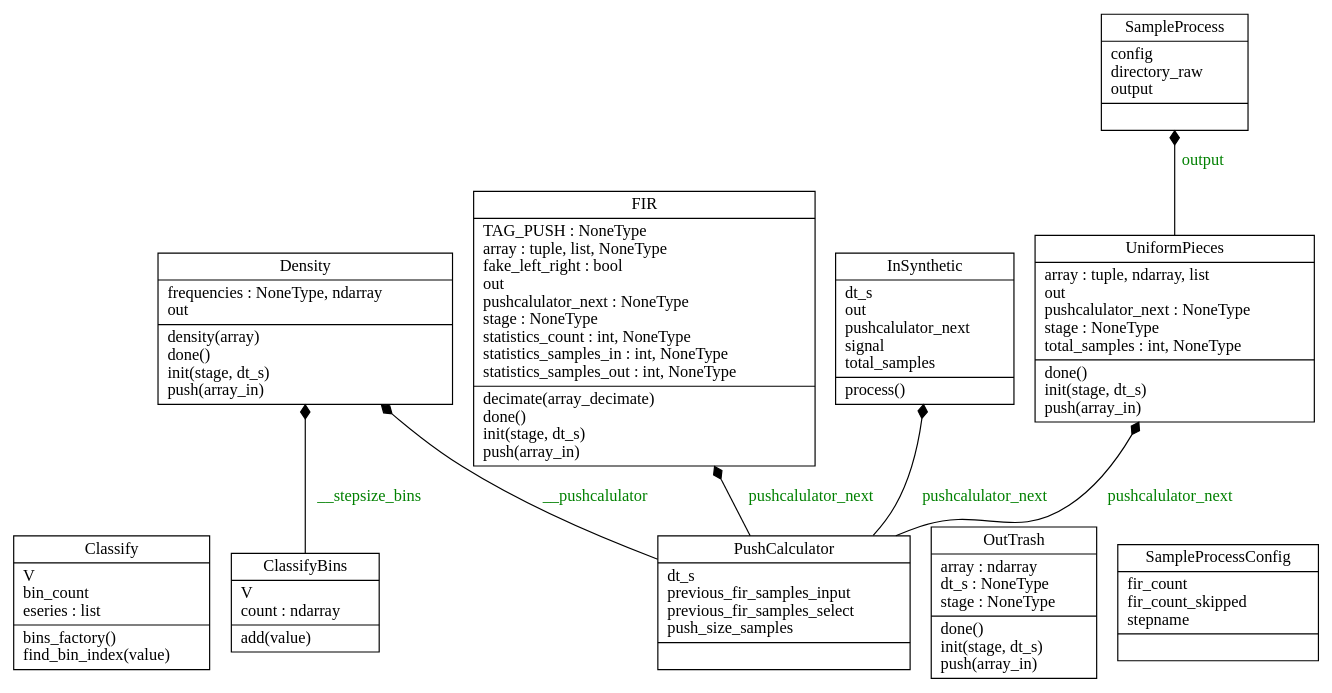
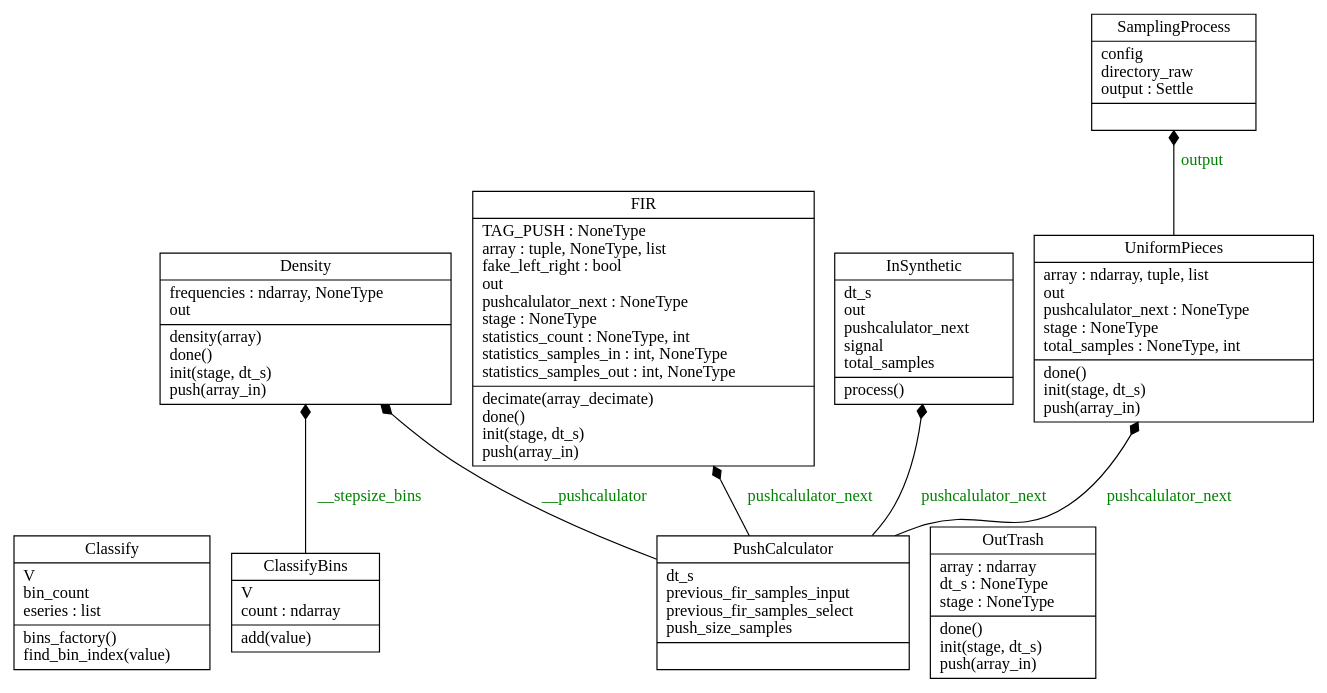
One commit to nanophysics/pymeas2019_noise changed the diagram in documentation/developer_diagrams/classes_FIR.dot. Above: the diagram before and after it, drawn with Graphviz. The commit also changed 15 other files, not shown here.

```diff
--- a/documentation/developer_diagrams/classes_FIR.dot
+++ b/documentation/developer_diagrams/classes_FIR.dot
@@ -1,20 +1,19 @@
 digraph "classes_FIR" {
 charset="utf-8"
 rankdir=BT
 "0" [label="{Classify|V\lbin_count\leseries : list\l|bins_factory()\lfind_bin_index(value)\l}", shape="record"];
 "1" [label="{ClassifyBins|V\lcount : ndarray\l|add(value)\l}", shape="record"];
-"2" [label="{Density|frequencies : NoneType, ndarray\lout\l|density(array)\ldone()\linit(stage, dt_s)\lpush(array_in)\l}", shape="record"];
-"3" [label="{FIR|TAG_PUSH : NoneType\larray : tuple, list, NoneType\lfake_left_right : bool\lout\lpushcalulator_next : NoneType\lstage : NoneType\lstatistics_count : int, NoneType\lstatistics_samples_in : int, NoneType\lstatistics_samples_out : int, NoneType\l|decimate(array_decimate)\ldone()\linit(stage, dt_s)\lpush(array_in)\l}", shape="record"];
+"2" [label="{Density|frequencies : ndarray, NoneType\lout\l|density(array)\ldone()\linit(stage, dt_s)\lpush(array_in)\l}", shape="record"];
+"3" [label="{FIR|TAG_PUSH : NoneType\larray : tuple, NoneType, list\lfake_left_right : bool\lout\lpushcalulator_next : NoneType\lstage : NoneType\lstatistics_count : NoneType, int\lstatistics_samples_in : int, NoneType\lstatistics_samples_out : int, NoneType\l|decimate(array_decimate)\ldone()\linit(stage, dt_s)\lpush(array_in)\l}", shape="record"];
 "4" [label="{InSynthetic|dt_s\lout\lpushcalulator_next\lsignal\ltotal_samples\l|process()\l}", shape="record"];
 "5" [label="{OutTrash|array : ndarray\ldt_s : NoneType\lstage : NoneType\l|done()\linit(stage, dt_s)\lpush(array_in)\l}", shape="record"];
 "6" [label="{PushCalculator|dt_s\lprevious_fir_samples_input\lprevious_fir_samples_select\lpush_size_samples\l|}", shape="record"];
-"7" [label="{SampleProcess|config\ldirectory_raw\loutput\l|}", shape="record"];
-"8" [label="{SampleProcessConfig|fir_count\lfir_count_skipped\lstepname\l|}", shape="record"];
-"9" [label="{UniformPieces|array : tuple, ndarray, list\lout\lpushcalulator_next : NoneType\lstage : NoneType\ltotal_samples : int, NoneType\l|done()\linit(stage, dt_s)\lpush(array_in)\l}", shape="record"];
+"7" [label="{SamplingProcess|config\ldirectory_raw\loutput : Settle\l|}", shape="record"];
+"8" [label="{UniformPieces|array : ndarray, tuple, list\lout\lpushcalulator_next : NoneType\lstage : NoneType\ltotal_samples : NoneType, int\l|done()\linit(stage, dt_s)\lpush(array_in)\l}", shape="record"];
 "1" -> "2" [arrowhead="diamond", arrowtail="none", fontcolor="green", label="__stepsize_bins", style="solid"];
 "6" -> "2" [arrowhead="diamond", arrowtail="none", fontcolor="green", label="__pushcalulator", style="solid"];
 "6" -> "3" [arrowhead="diamond", arrowtail="none", fontcolor="green", label="pushcalulator_next", style="solid"];
 "6" -> "4" [arrowhead="diamond", arrowtail="none", fontcolor="green", label="pushcalulator_next", style="solid"];
-"6" -> "9" [arrowhead="diamond", arrowtail="none", fontcolor="green", label="pushcalulator_next", style="solid"];
-"9" -> "7" [arrowhead="diamond", arrowtail="none", fontcolor="green", label="output", style="solid"];
+"6" -> "8" [arrowhead="diamond", arrowtail="none", fontcolor="green", label="pushcalulator_next", style="solid"];
+"8" -> "7" [arrowhead="diamond", arrowtail="none", fontcolor="green", label="output", style="solid"];
 }
```
